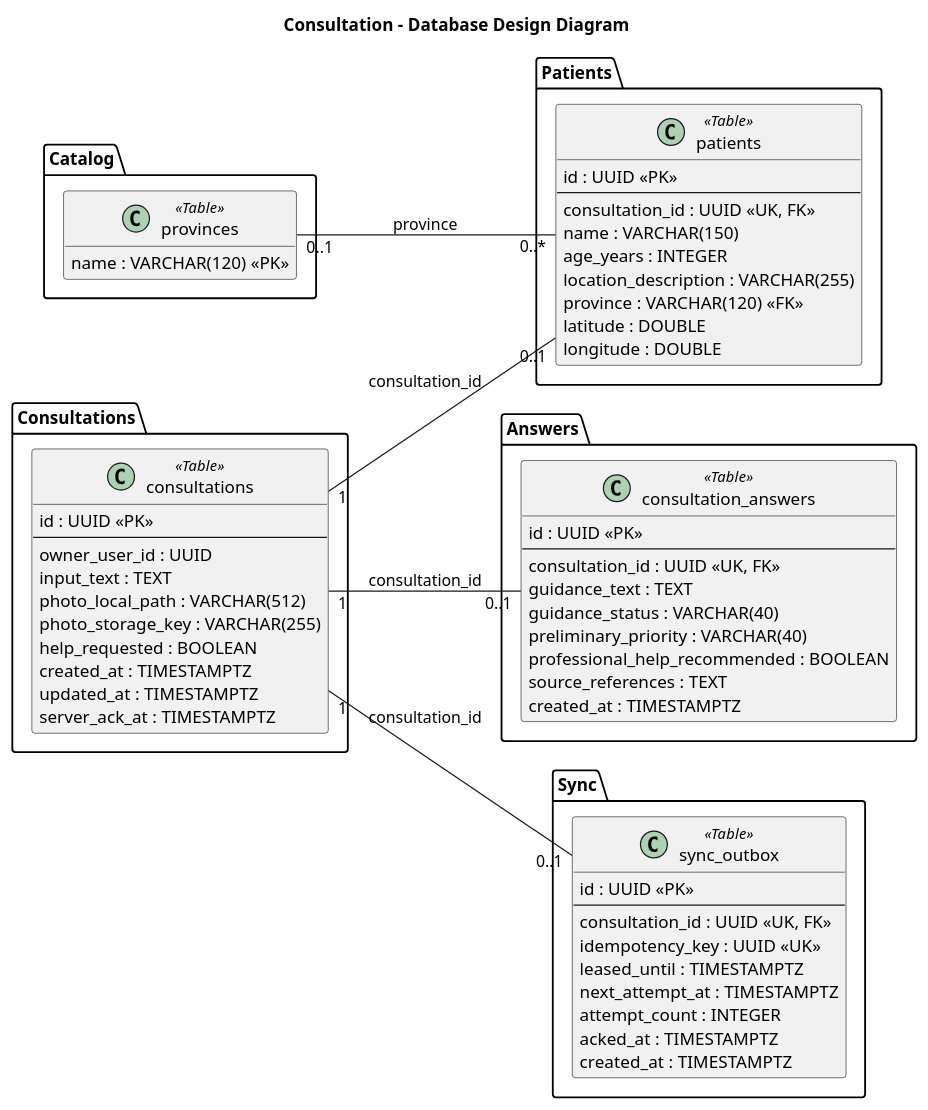
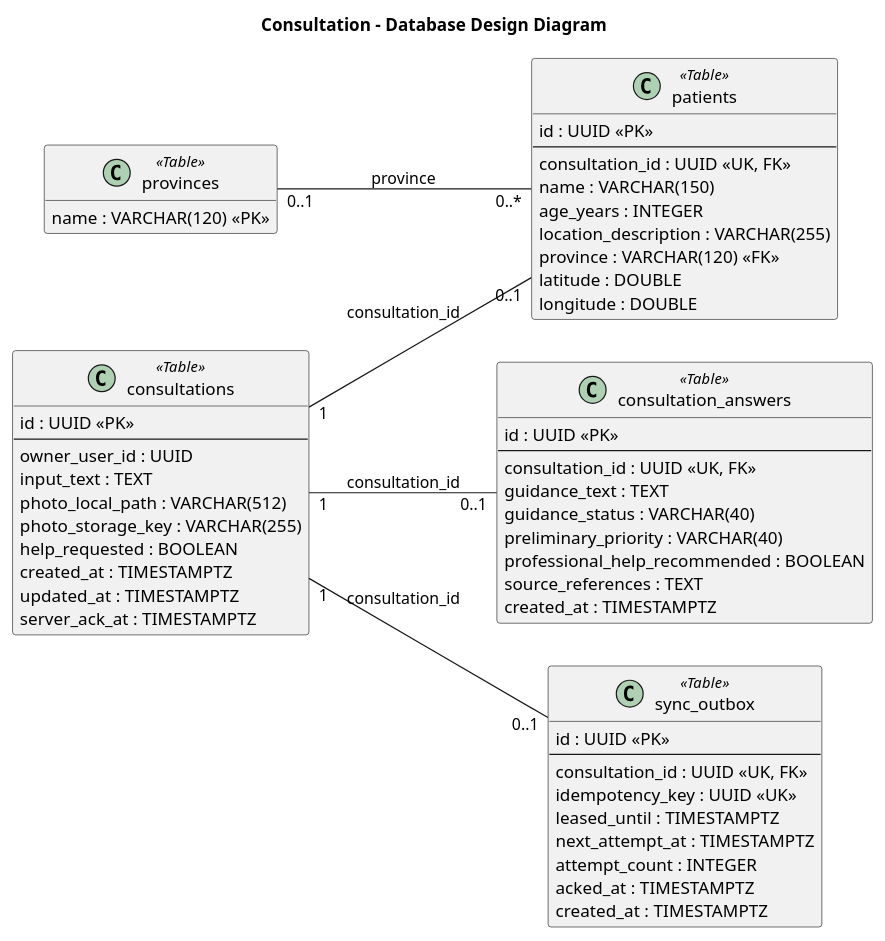
One commit to emergentes-project/Report changed the diagram in public/assets/images/chapter-5/consultation-database-design.puml. Above: the diagram before and after it, drawn with PlantUML. The commit also changed 7 other files, not shown here.

```diff
--- a/public/assets/images/chapter-5/consultation-database-design.puml
+++ b/public/assets/images/chapter-5/consultation-database-design.puml
@@ -1,76 +1,66 @@
 @startuml
 left to right direction
 hide empty members
 skinparam classAttributeIconSize 0
 skinparam shadowing false
 title Consultation - Database Design Diagram
 
-package "Catalog" {
   class provinces <<Table>> {
     name : VARCHAR(120) <<PK>>
   }
-}
 
-package "Consultations" {
   class consultations <<Table>> {
     id : UUID <<PK>>
     --
     owner_user_id : UUID
     input_text : TEXT
     photo_local_path : VARCHAR(512)
     photo_storage_key : VARCHAR(255)
     help_requested : BOOLEAN
     created_at : TIMESTAMPTZ
     updated_at : TIMESTAMPTZ
     server_ack_at : TIMESTAMPTZ
   }
-}
 
-package "Patients" {
   class patients <<Table>> {
     id : UUID <<PK>>
     --
     consultation_id : UUID <<UK, FK>>
     name : VARCHAR(150)
     age_years : INTEGER
     location_description : VARCHAR(255)
     province : VARCHAR(120) <<FK>>
     latitude : DOUBLE
     longitude : DOUBLE
   }
-}
 
-package "Answers" {
   class consultation_answers <<Table>> {
     id : UUID <<PK>>
     --
     consultation_id : UUID <<UK, FK>>
     guidance_text : TEXT
     guidance_status : VARCHAR(40)
     preliminary_priority : VARCHAR(40)
     professional_help_recommended : BOOLEAN
     source_references : TEXT
     created_at : TIMESTAMPTZ
   }
-}
 
-package "Sync" {
   class sync_outbox <<Table>> {
     id : UUID <<PK>>
     --
     consultation_id : UUID <<UK, FK>>
     idempotency_key : UUID <<UK>>
     leased_until : TIMESTAMPTZ
     next_attempt_at : TIMESTAMPTZ
     attempt_count : INTEGER
     acked_at : TIMESTAMPTZ
     created_at : TIMESTAMPTZ
-  }
 }
 
 consultations "1" -- "0..1" patients : consultation_id
 consultations "1" -- "0..1" consultation_answers : consultation_id
 consultations "1" -- "0..1" sync_outbox : consultation_id
 provinces "0..1" -- "0..*" patients : province
 
 @enduml
```
